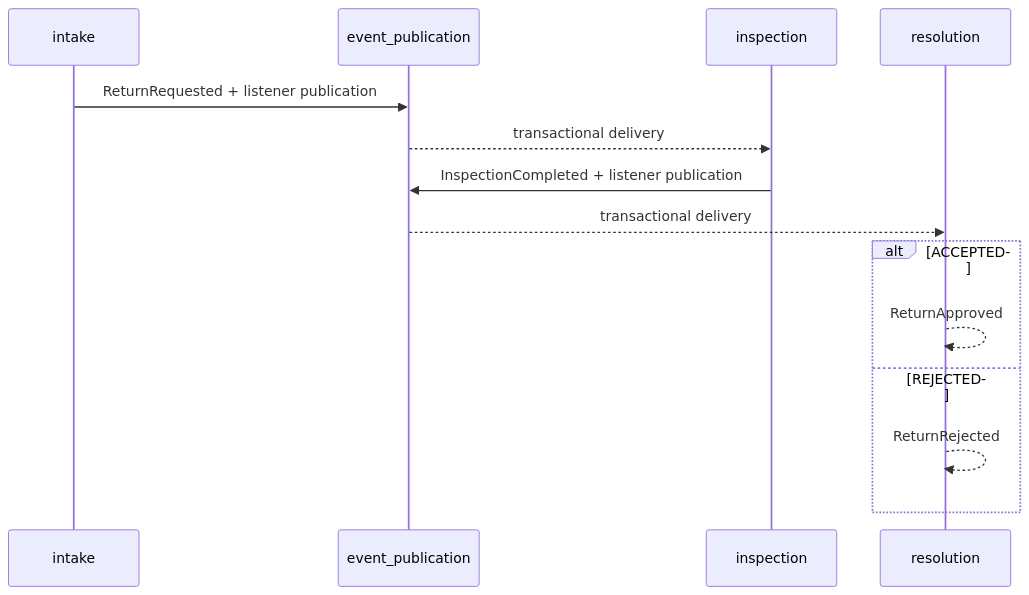
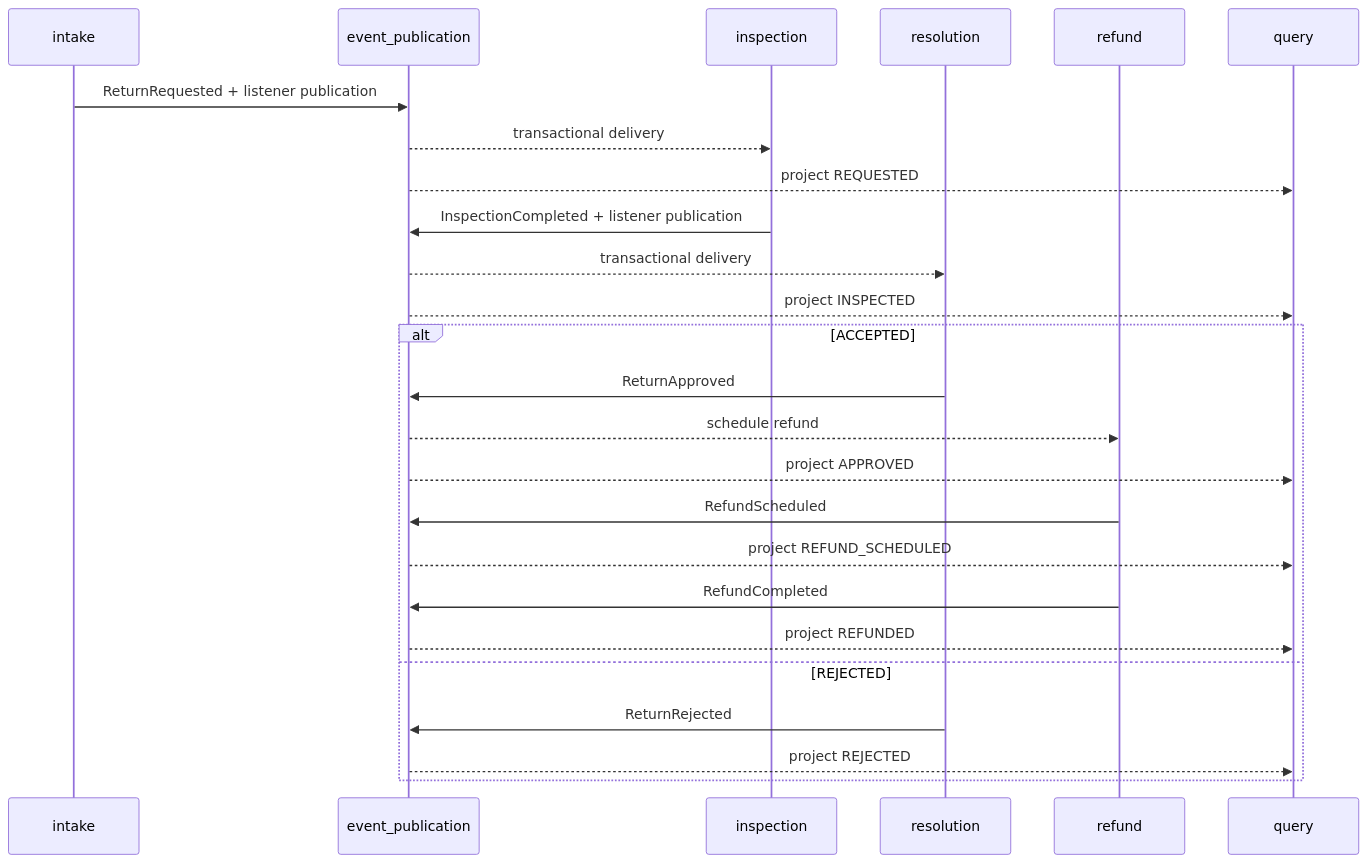
Before and after one commit to wasiliy-strecker/spring-architecture-patterns: the second of 3 diagrams in README.md, drawn with Mermaid. The commit also changed other lines of this file and 49 other files, not shown here.

First line of the commit message:
Complete refund lifecycle and query view

````diff
--- a/README.md
+++ b/README.md
@@ -88,16 +105,27 @@
 ```mermaid
 sequenceDiagram
     participant I as intake
     participant R as event_publication
     participant N as inspection
     participant D as resolution
+    participant F as refund
+    participant Q as query
     I->>R: ReturnRequested + listener publication
     R-->>N: transactional delivery
+    R-->>Q: project REQUESTED
     N->>R: InspectionCompleted + listener publication
     R-->>D: transactional delivery
+    R-->>Q: project INSPECTED
     alt ACCEPTED
-        D-->>D: ReturnApproved
+        D->>R: ReturnApproved
+        R-->>F: schedule refund
+        R-->>Q: project APPROVED
+        F->>R: RefundScheduled
+        R-->>Q: project REFUND_SCHEDULED
+        F->>R: RefundCompleted
+        R-->>Q: project REFUNDED
     else REJECTED
-        D-->>D: ReturnRejected
+        D->>R: ReturnRejected
+        R-->>Q: project REJECTED
     end
 ```
````
